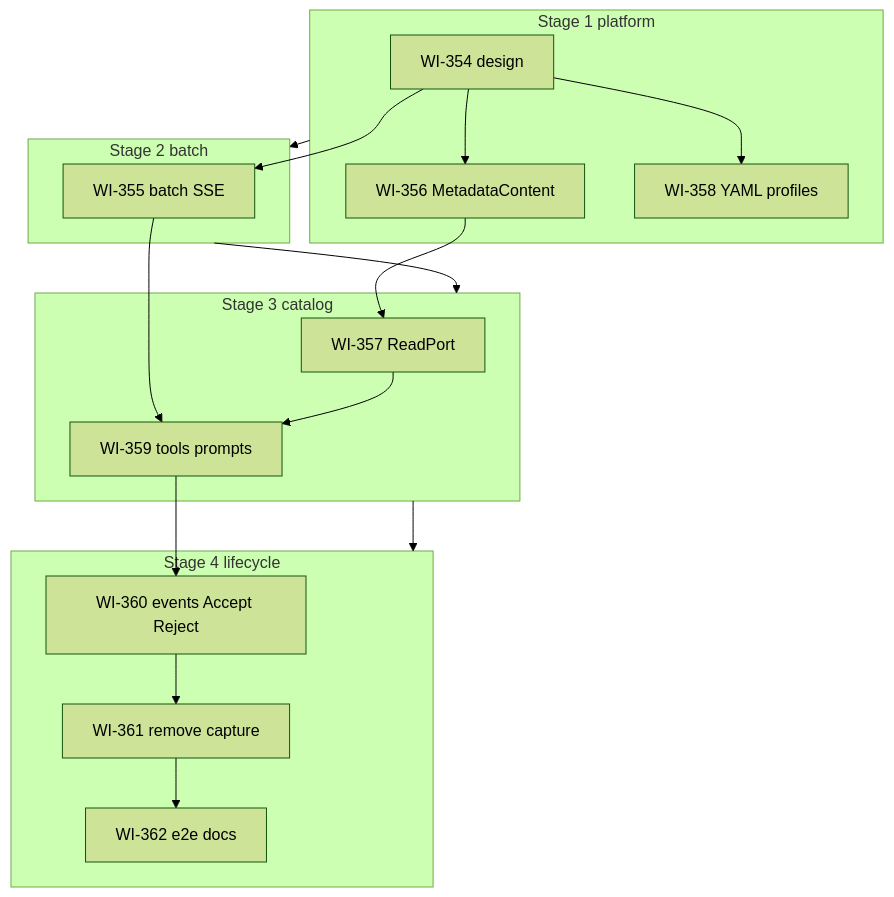
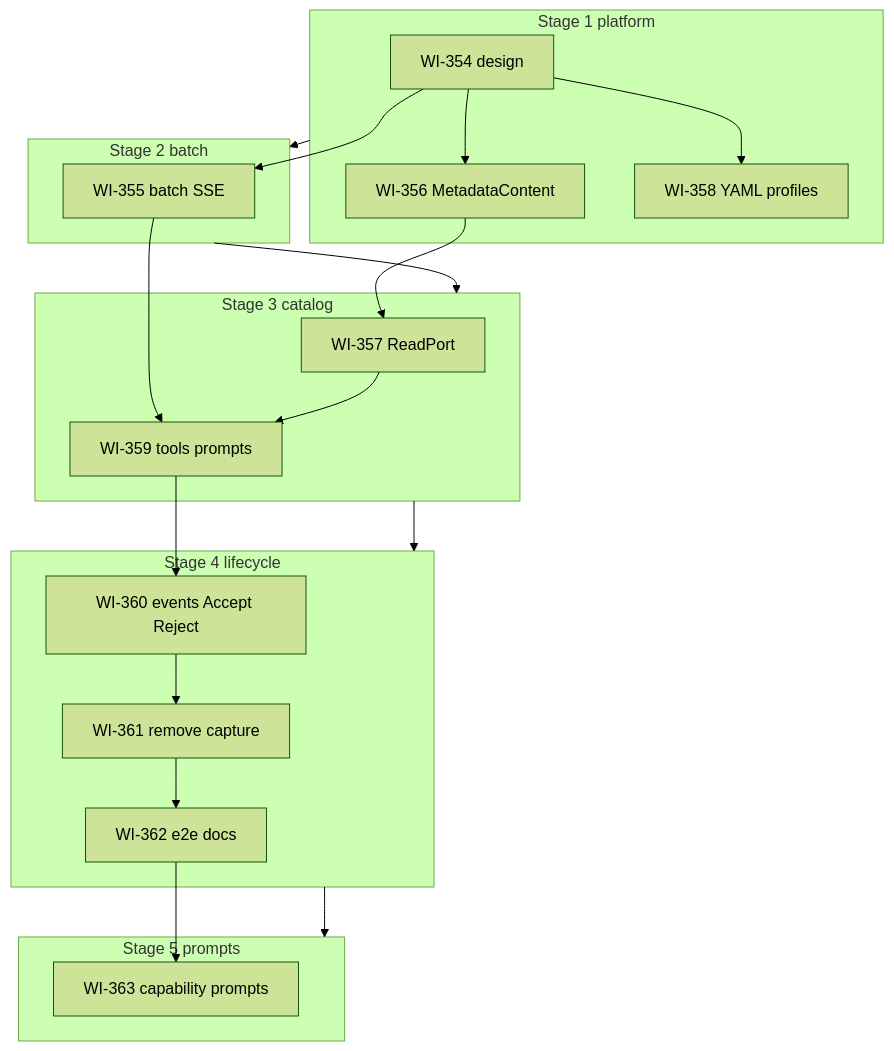
Before and after one commit to qpointz/qpointz: the diagram in docs/workitems/in-progress/metadata-authoring-profiles/STORY.md, drawn with Mermaid (forest theme). The commit also changed other lines of this file and 4 other files, not shown here.

````diff
--- a/docs/workitems/in-progress/metadata-authoring-profiles/STORY.md
+++ b/docs/workitems/in-progress/metadata-authoring-profiles/STORY.md
@@ -61,32 +63,37 @@
 ```mermaid
 flowchart TB
   subgraph s1 [Stage 1 platform]
     WI354[WI-354 design]
     WI356[WI-356 MetadataContent]
     WI358[WI-358 YAML profiles]
     WI354 --> WI356
     WI354 --> WI358
   end
   subgraph s2 [Stage 2 batch]
     WI355[WI-355 batch SSE]
     WI354 --> WI355
   end
   subgraph s3 [Stage 3 catalog]
     WI357[WI-357 ReadPort]
     WI359[WI-359 tools prompts]
     WI356 --> WI357
     WI355 --> WI359
     WI357 --> WI359
   end
   subgraph s4 [Stage 4 lifecycle]
     WI360[WI-360 events Accept Reject]
     WI361[WI-361 remove capture]
     WI362[WI-362 e2e docs]
     WI359 --> WI360
     WI360 --> WI361
     WI361 --> WI362
   end
+  subgraph s5 [Stage 5 prompts]
+    WI363[WI-363 capability prompts]
+    WI362 --> WI363
+  end
   s1 --> s2
   s2 --> s3
   s3 --> s4
+  s4 --> s5
 ```
````
